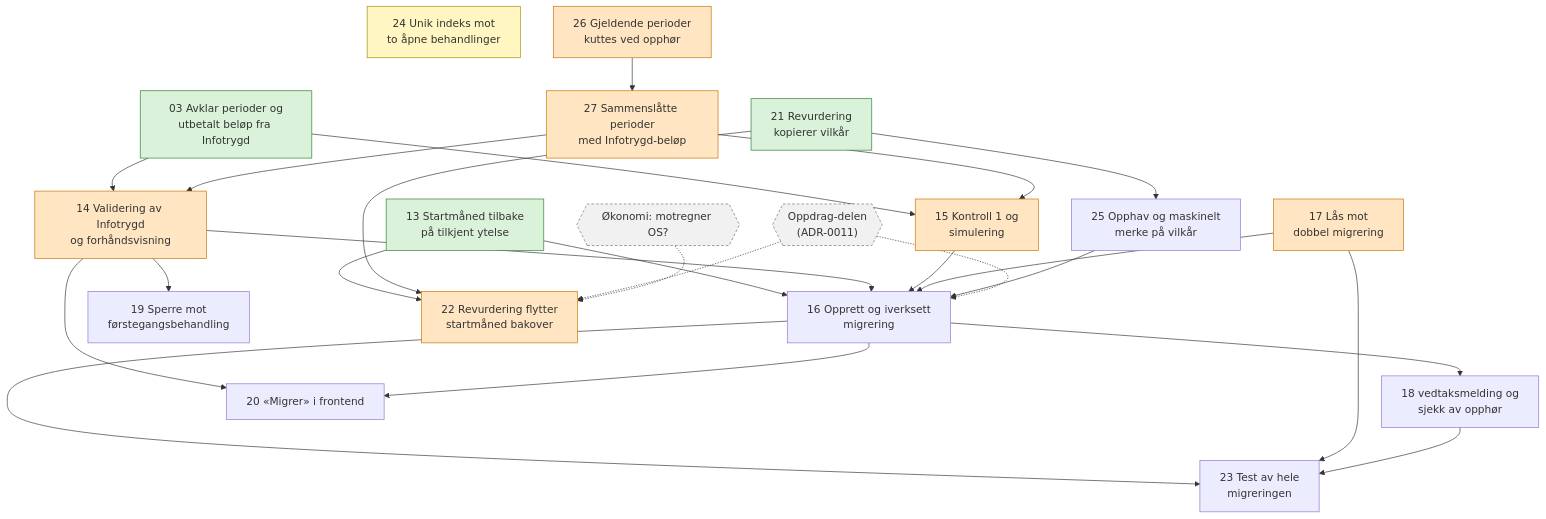
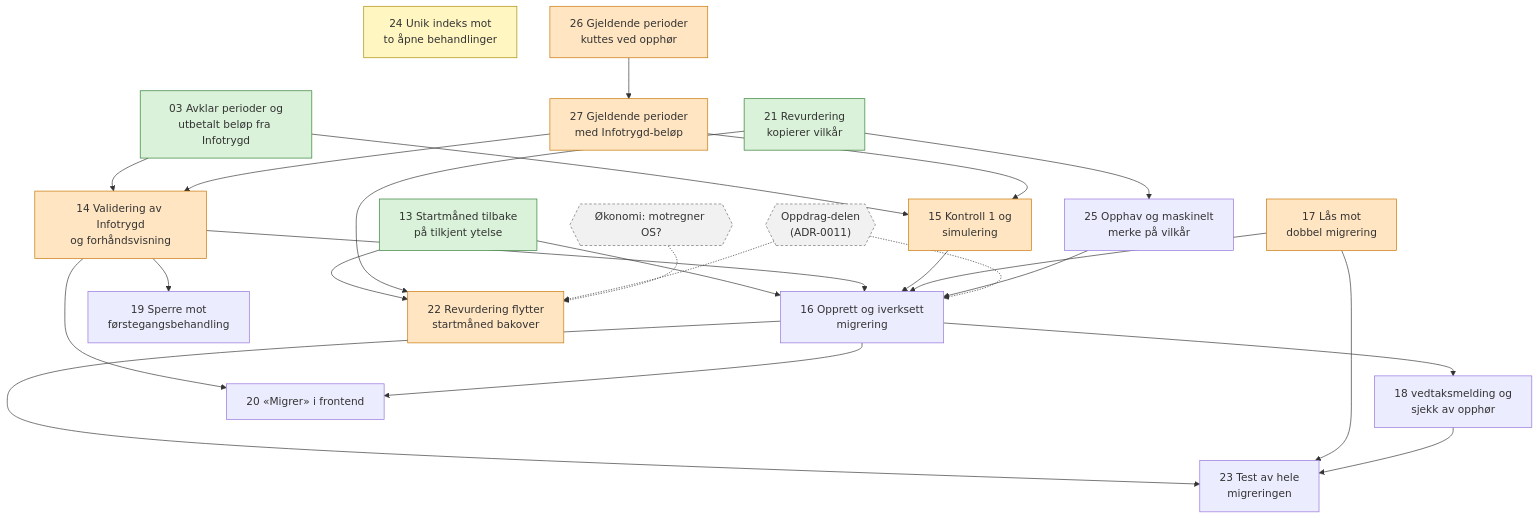
The diagram in .scratch/migrering/avhengigheter.md (navikt/grunn-og-hjelpestonad), drawn with Mermaid before and after one commit. The commit also changed 14 other files, not shown here.

First line of the commit message:
Infotrygd-beløp på gjeldende perioder (#138)

````diff
--- a/.scratch/migrering/avhengigheter.md
+++ b/.scratch/migrering/avhengigheter.md
@@ -16,60 +16,60 @@
 ```mermaid
 flowchart TD
     T03["03 Avklar perioder og<br/>utbetalt beløp fra Infotrygd"]
     T13["13 Startmåned tilbake<br/>på tilkjent ytelse"]
     T14["14 Validering av Infotrygd<br/>og forhåndsvisning"]
     T15["15 Kontroll 1 og<br/>simulering"]
     T16["16 Opprett og iverksett<br/>migrering"]
     T17["17 Lås mot<br/>dobbel migrering"]
     T18["18 vedtaksmelding og<br/>sjekk av opphør"]
     T19["19 Sperre mot<br/>førstegangsbehandling"]
     T20["20 «Migrer» i frontend"]
     T21["21 Revurdering<br/>kopierer vilkår"]
     T22["22 Revurdering flytter<br/>startmåned bakover"]
     T23["23 Test av hele<br/>migreringen"]
     T24["24 Unik indeks mot<br/>to åpne behandlinger"]
     T25["25 Opphav og maskinelt<br/>merke på vilkår"]
     T26["26 Gjeldende perioder<br/>kuttes ved opphør"]
-    T27["27 Sammenslåtte perioder<br/>med Infotrygd-beløp"]
+    T27["27 Gjeldende perioder<br/>med Infotrygd-beløp"]
 
     OKO{{"Økonomi: motregner OS?"}}
     OPP{{"Oppdrag-delen<br/>(ADR-0011)"}}
 
     T03 --> T14
     T03 --> T15
     T26 --> T27
     T27 --> T14
     T27 --> T15
 
     T13 --> T16
     T14 --> T16
     T15 --> T16
     T17 --> T16
     T25 --> T16
     T21 --> T25
     OPP -.-> T16
 
     T16 --> T18
     T14 --> T19
     T14 --> T20
     T16 --> T20
 
     T13 --> T22
     T21 --> T22
     OPP -.-> T22
     OKO -.-> T22
 
     T16 --> T23
     T17 --> T23
     T18 --> T23
 
     classDef menneske fill:#ffe5c2,stroke:#c77300
     classDef triage fill:#fff6c2,stroke:#a68b00
     classDef ekstern fill:#f1f1f1,stroke:#707070,stroke-dasharray: 4 3
     classDef loest fill:#d9f2d9,stroke:#2e7d32
 
     class T14,T15,T17,T22,T26,T27 menneske
     class T03,T13,T21 loest
     class T24 triage
     class OKO,OPP ekstern
 ```
````
